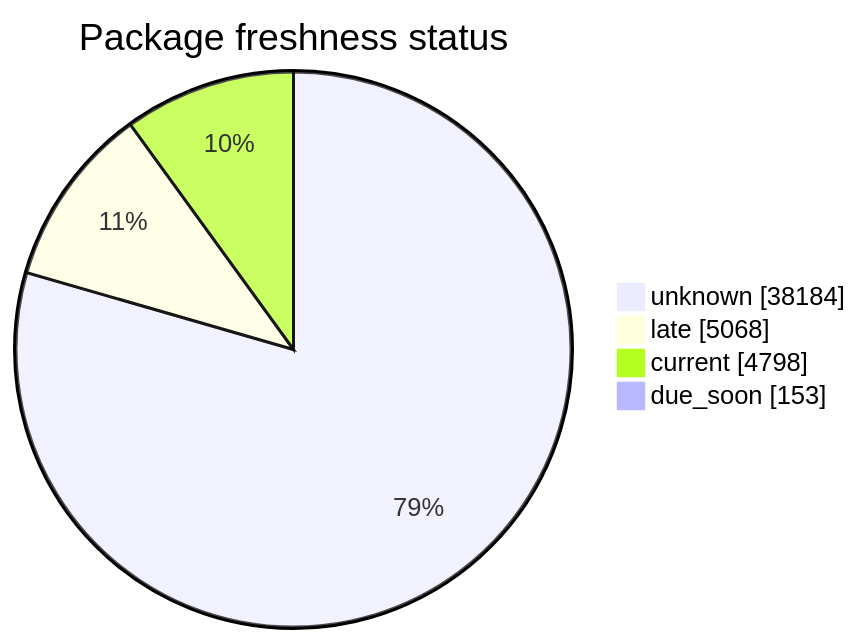
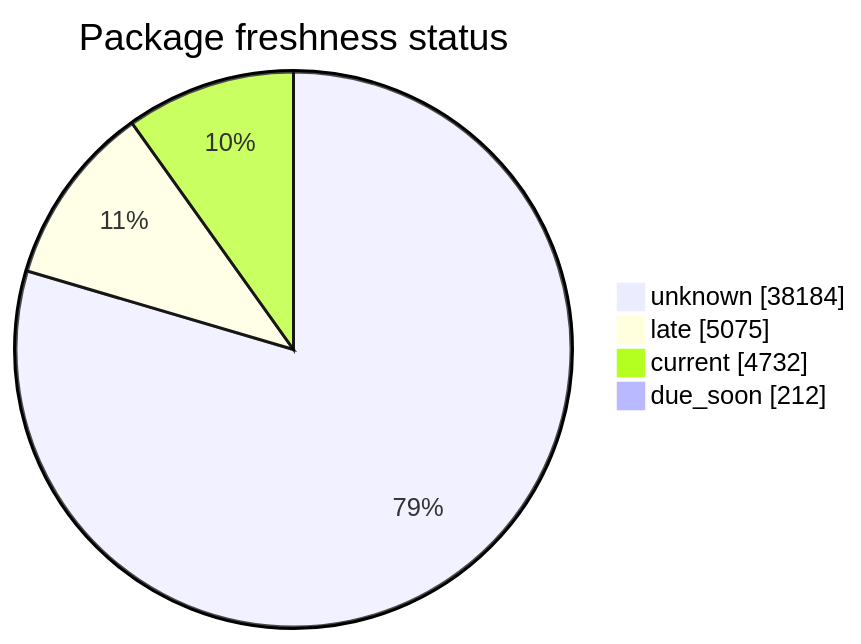
The second of 5 diagrams in FreshCheck/README.md (open-data/analytics-corporate-reporting), drawn with Mermaid before and after one commit. The commit also changed other lines of this file and 3 other files, not shown here.

````diff
--- a/FreshCheck/README.md
+++ b/FreshCheck/README.md
@@ -68,7 +68,7 @@
 ```mermaid
 pie showData title Package freshness status
     "unknown": 38184
-    "late": 5068
-    "current": 4798
-    "due_soon": 153
+    "late": 5075
+    "current": 4732
+    "due_soon": 212
 ```
````
